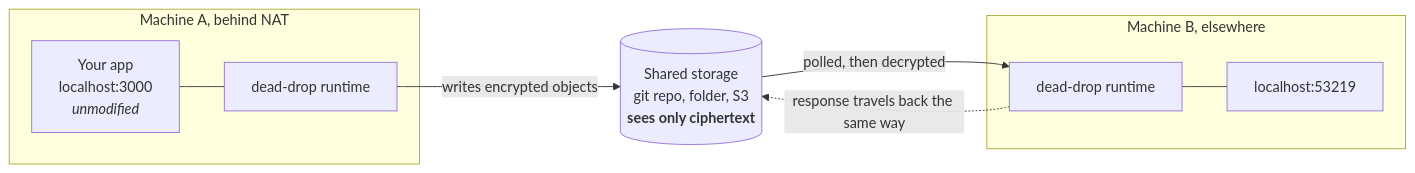
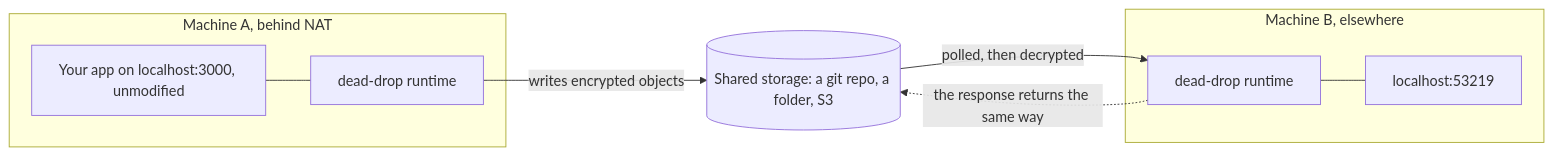
One commit to fyrlabs/dead-drop changed the diagram in README.md. Above: the diagram before and after it, drawn with Mermaid. The commit also changed other lines of this file and 1 other file, not shown here.

Commit message:
docs: drop html markup from the mermaid diagrams
GitHub renders mermaid with html labels disabled, which strips <br/>, <b> and <i> and concatenates the text: the README diagram showed "Your applocalhost:3000unmodified" as one run-on string.

Both diagrams now use single-line labels and no markup, which renders the same in every mermaid environment rather than depending on which tags a given renderer honours.

````diff
--- a/README.md
+++ b/README.md
@@ -9,20 +9,20 @@
 ```mermaid
 flowchart LR
     subgraph A ["Machine A, behind NAT"]
-        app["Your app<br/>localhost:3000<br/><i>unmodified</i>"]
+        app["Your app on localhost:3000, unmodified"]
         ra["dead-drop runtime"]
         app --- ra
     end
 
-    store[("Shared storage<br/>git repo, folder, S3<br/><b>sees only ciphertext</b>")]
+    store[("Shared storage: a git repo, a folder, S3")]
 
     subgraph B ["Machine B, elsewhere"]
         rb["dead-drop runtime"]
         port["localhost:53219"]
         rb --- port
     end
 
     ra -- "writes encrypted objects" --> store
     store -- "polled, then decrypted" --> rb
-    rb -. "response travels back the same way" .-> store
+    rb -. "the response returns the same way" .-> store
 ```
````
